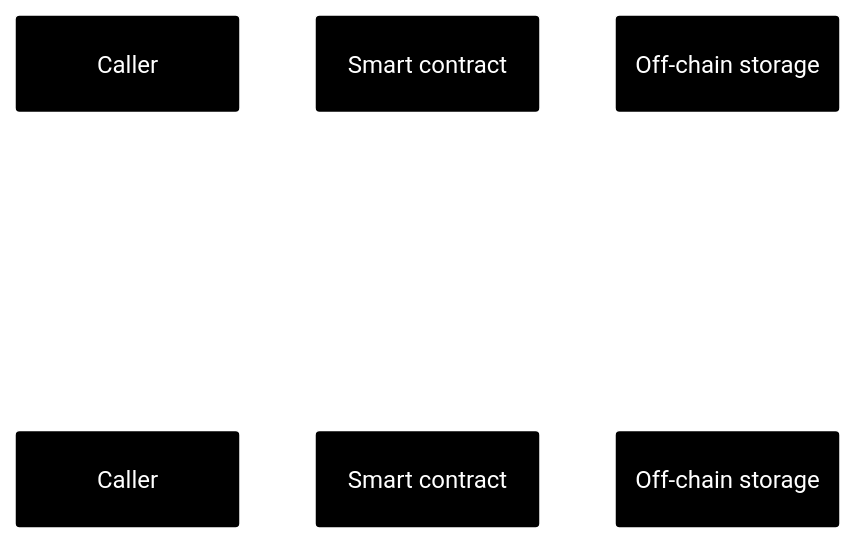
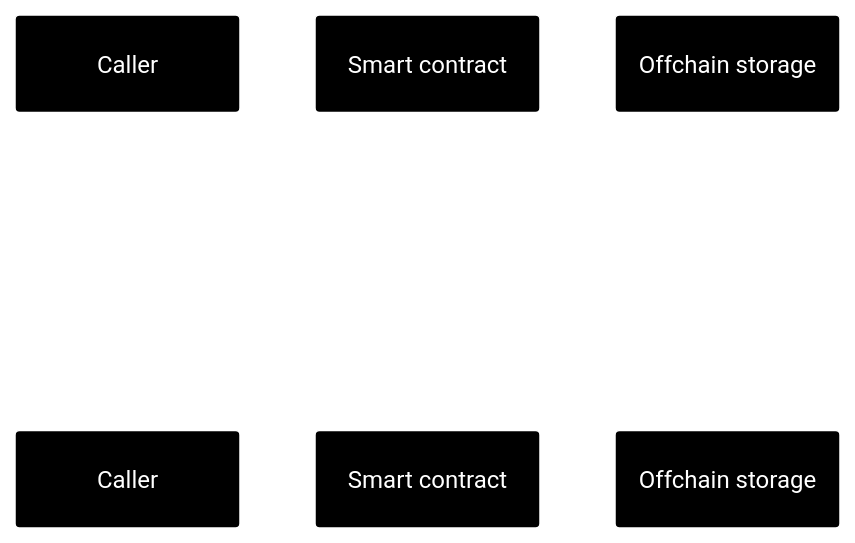
The diagram in docs/content/guides/developer/digital-assets/non-fungible-tokens/create-nft.mdx (MystenLabs/sui), drawn with Mermaid before and after one commit. The commit also changed other lines of this file, not shown here.

Commit message:
offchain

````diff
--- a/docs/content/guides/developer/digital-assets/non-fungible-tokens/create-nft.mdx
+++ b/docs/content/guides/developer/digital-assets/non-fungible-tokens/create-nft.mdx
@@ -10,26 +10,26 @@
 ```mermaid
 ---
 config:
   theme: base
   themeVariables:
     primaryColor: '#298DFF'
     primaryTextColor: '#FFFFFF'
     primaryBorderColor: '#FFFFFF'
     secondaryColor: '#6C7584'
     tertiaryColor: '#FFFFFF'
     lineColor: '#298DFF'
     background: '#FFFFFF'
     mainBkg: '#000000'
     secondBkg: '#6C7584'
     fontSize: '14px'
     fontFamily: 'Inter, sans-serif'
 ---
 sequenceDiagram
     participant C as Caller
     participant S as Smart contract
-    participant O as Off-chain storage
+    participant O as Offchain storage
     C->>S: NFT ID
     S->>O: Fetch metadata
     O-->>S: name value
     S-->>C: name value
 ```
````
